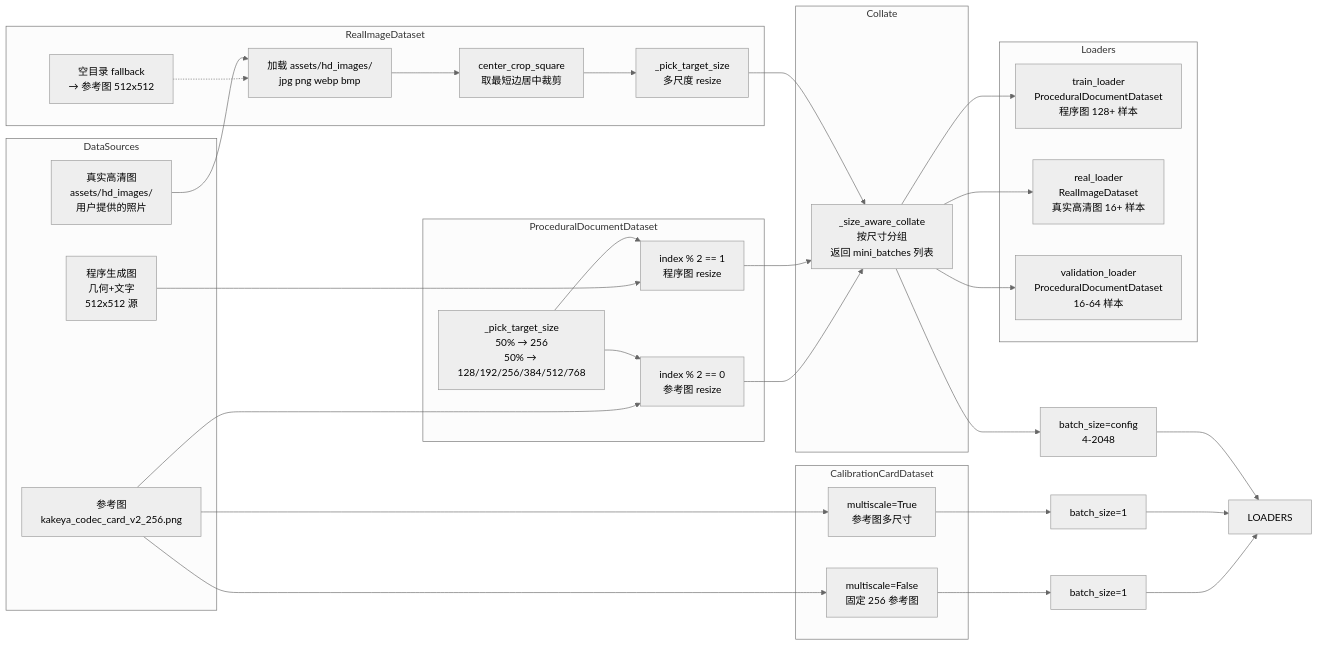
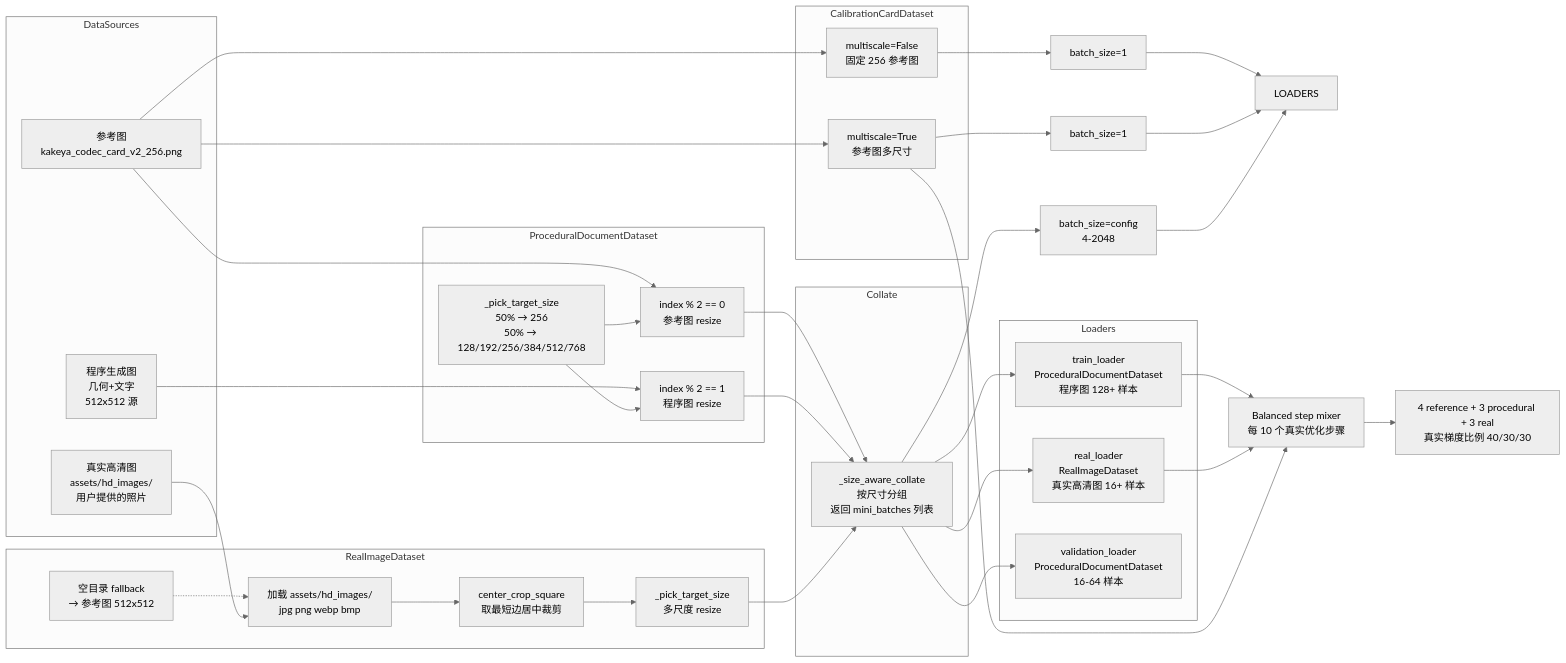
One commit to novvoo/kakeya-vae changed the eighth of 19 diagrams in docs/architecture.md. Above: the diagram before and after it, drawn with Mermaid (neutral theme). The commit also changed other lines of this file and 8 other files, not shown here.

````diff
--- a/docs/architecture.md
+++ b/docs/architecture.md
@@ -384,62 +404,68 @@
 ```mermaid
 flowchart LR
     subgraph DataSources
         REF_IMG[参考图<br/>kakeya_codec_card_v2_256.png]
         PROC[程序生成图<br/>几何+文字<br/>512x512 源]
         HD_IMG[真实高清图<br/>assets/hd_images/<br/>用户提供的照片]
     end
 
     subgraph ProceduralDocumentDataset
         PD1[_pick_target_size<br/>50% → 256<br/>50% → 128/192/256/384/512/768]
         PD2[index % 2 == 0<br/>参考图 resize]
         PD3[index % 2 == 1<br/>程序图 resize]
     end
 
     subgraph RealImageDataset
         RI1[加载 assets/hd_images/<br/>jpg png webp bmp]
         RI2[center_crop_square<br/>取最短边居中裁剪]
         RI3[_pick_target_size<br/>多尺度 resize]
         RI1 --> RI2 --> RI3
         RI4[空目录 fallback<br/>→ 参考图 512x512]
         RI4 -.-> RI1
     end
 
     subgraph CalibrationCardDataset
         CC1[multiscale=False<br/>固定 256 参考图]
         CC2[multiscale=True<br/>参考图多尺寸]
     end
 
     REF_IMG --> PD2
     REF_IMG --> CC1
     REF_IMG --> CC2
     PROC --> PD3
     HD_IMG --> RI1
     PD1 --> PD2
     PD1 --> PD3
 
     PD2 --> COLLATE
     PD3 --> COLLATE
     RI3 --> COLLATE
 
     subgraph Collate
         COLLATE[_size_aware_collate<br/>按尺寸分组<br/>返回 mini_batches 列表]
     end
 
     CC1 --> BATCH1[batch_size=1]
     CC2 --> BATCH2[batch_size=1]
     COLLATE --> BATCH3[batch_size=config<br/>4-2048]
 
     BATCH1 --> LOADERS
     BATCH2 --> LOADERS
     BATCH3 --> LOADERS
 
     subgraph Loaders
         L1[train_loader<br/>ProceduralDocumentDataset<br/>程序图 128+ 样本]
         L2[real_loader<br/>RealImageDataset<br/>真实高清图 16+ 样本]
         L3[validation_loader<br/>ProceduralDocumentDataset<br/>16-64 样本]
     end
 
+
+    L1 --> MIXER[Balanced step mixer<br/>每 10 个真实优化步骤]
+    L2 --> MIXER
+    CC2 --> MIXER
+    MIXER --> RATIO[4 reference + 3 procedural + 3 real<br/>真实梯度比例 40/30/30]
+
     COLLATE --> L1
     COLLATE --> L2
     COLLATE --> L3
 ```
````
